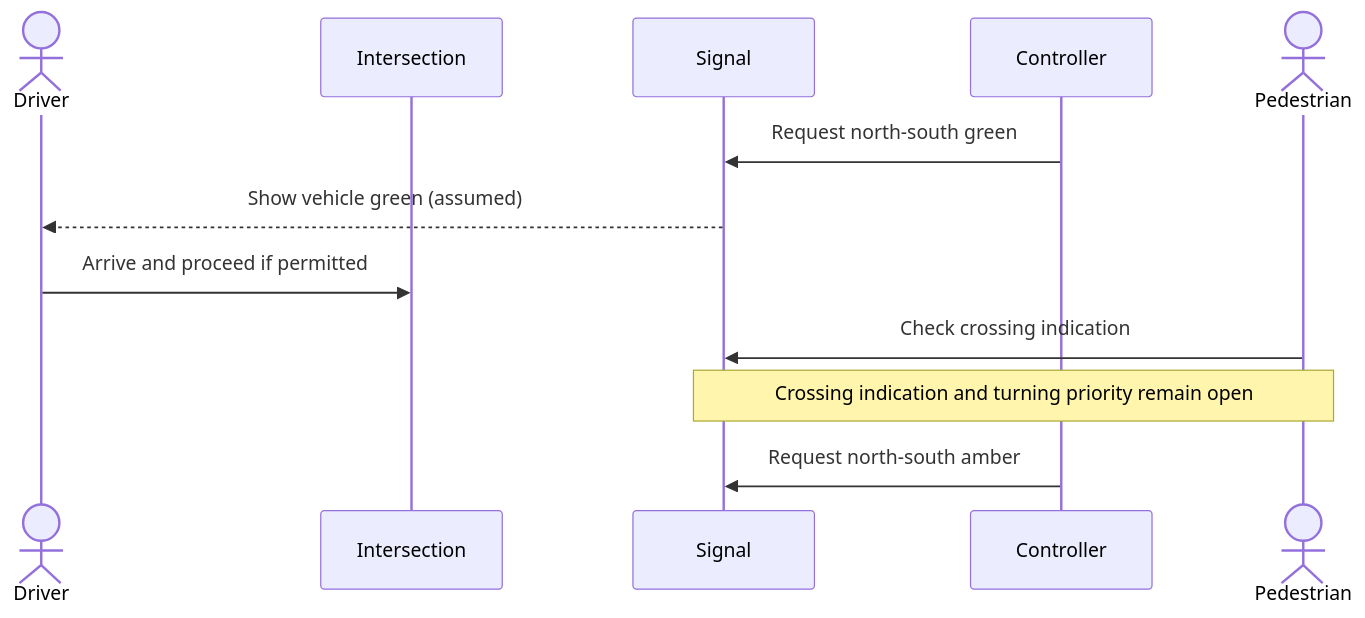
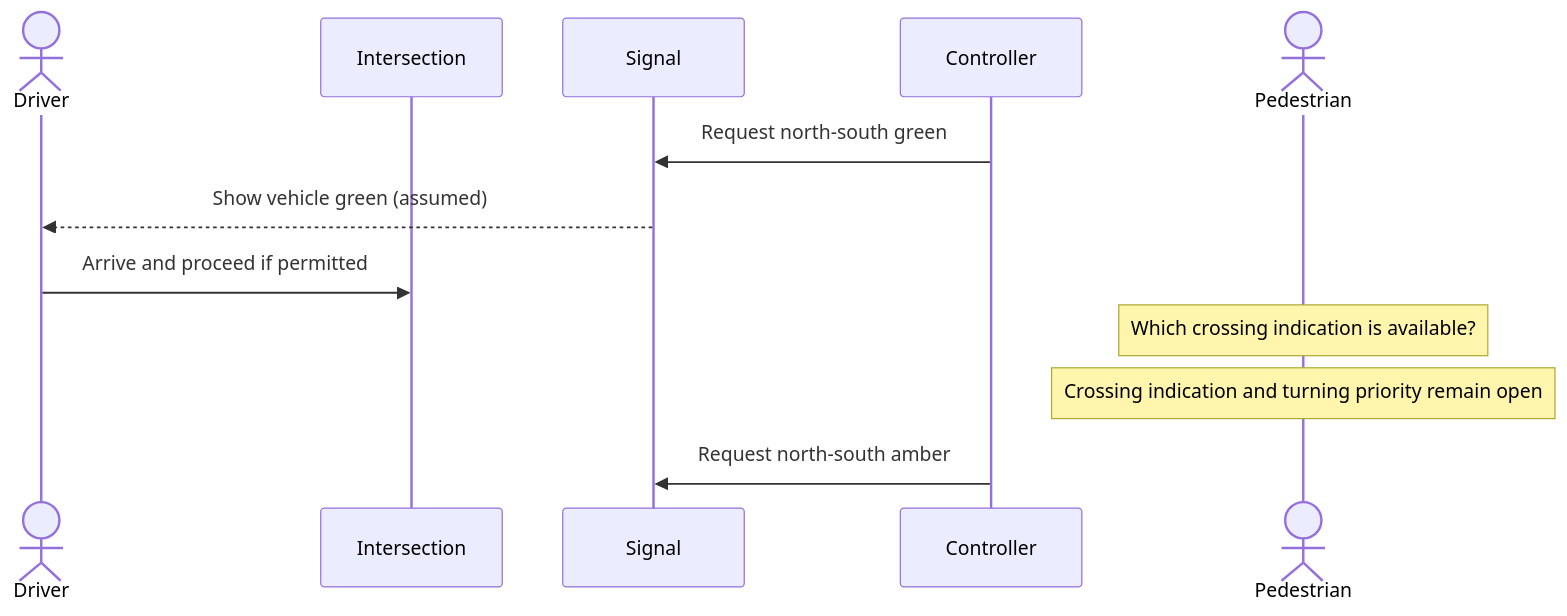
Before and after one commit to And-Gu/executable-engineering-lab: the first of 2 diagrams in project/v3/manuscripts/revised/02-introducing-the-engineering-challenge.md, drawn with Mermaid. The commit also changed other lines of this file and 14 other files, not shown here.

````diff
--- a/project/v3/manuscripts/revised/02-introducing-the-engineering-challenge.md
+++ b/project/v3/manuscripts/revised/02-introducing-the-engineering-challenge.md
@@ -80,14 +80,14 @@
 ```mermaid
 sequenceDiagram
     actor Driver
     participant Intersection
     participant Signal
     participant Controller
     actor Pedestrian
     Controller->>Signal: Request north-south green
     Signal-->>Driver: Show vehicle green (assumed)
     Driver->>Intersection: Arrive and proceed if permitted
-    Pedestrian->>Signal: Check crossing indication
-    Note over Pedestrian,Signal: Crossing indication and turning priority remain open
+    Note over Pedestrian: Which crossing indication is available?
+    Note over Pedestrian: Crossing indication and turning priority remain open
     Controller->>Signal: Request north-south amber
 ```
````
